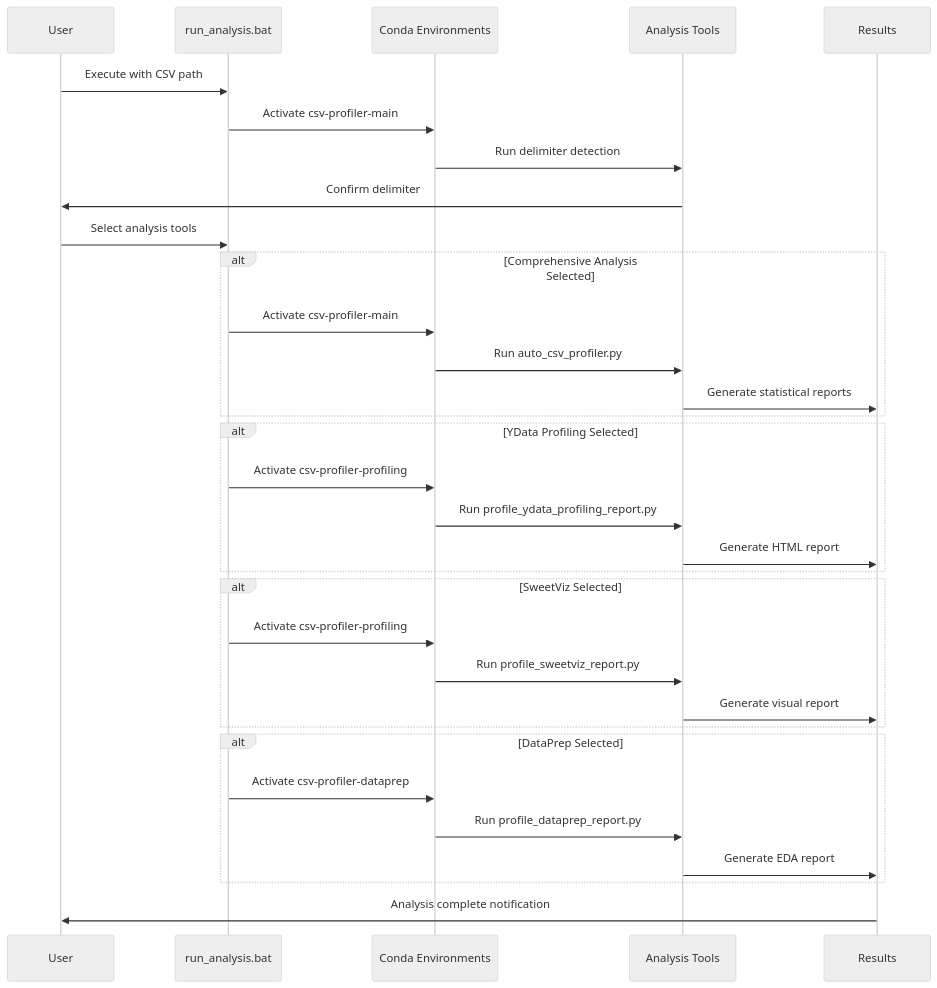
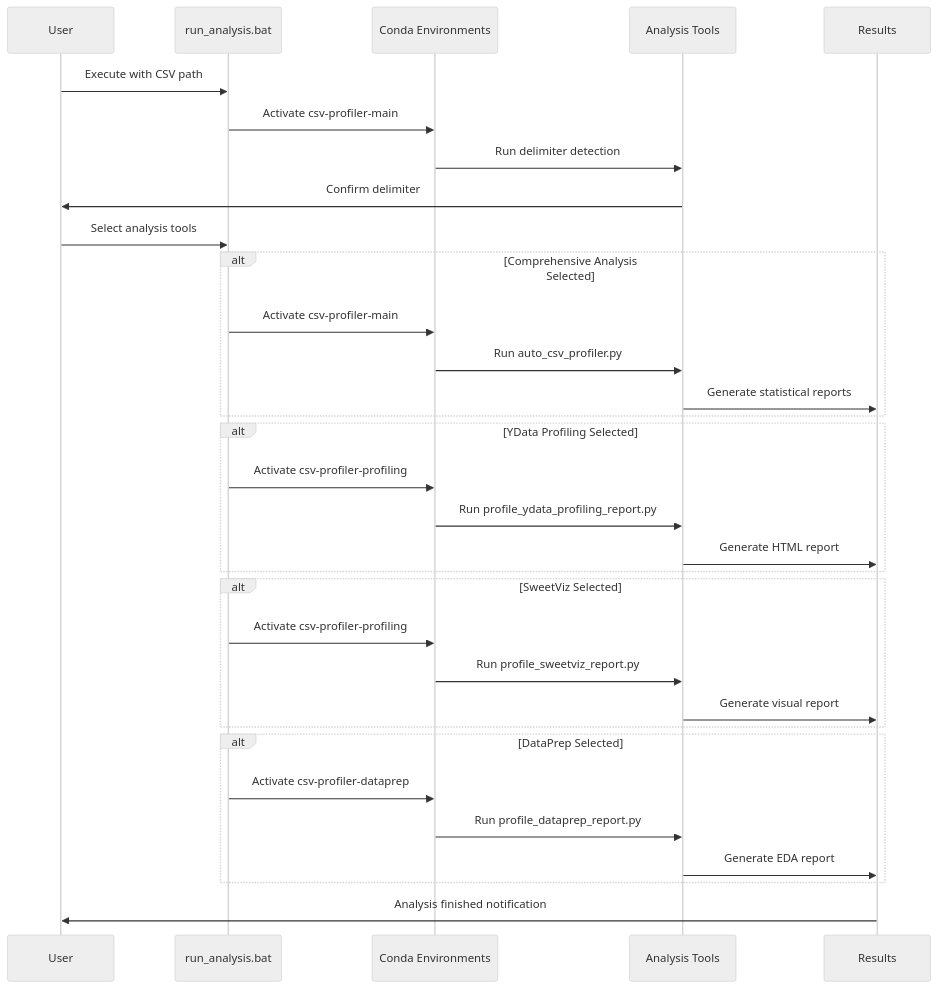
The fourth of 14 diagrams in docs/Source-Suite-Guide.md (dhaneshbb/autocsv-profiler-suite), drawn with Mermaid (neutral theme) before and after one commit. The commit also changed other lines of this file and 35 other files, not shown here.

````diff
--- a/docs/Source-Suite-Guide.md
+++ b/docs/Source-Suite-Guide.md
@@ -243,41 +243,41 @@
 ```mermaid
 sequenceDiagram
     participant User
     participant Script as run_analysis.bat
     participant Env as Conda Environments
     participant Tools as Analysis Tools
     participant Output as Results
     
     User->>Script: Execute with CSV path
     Script->>Env: Activate csv-profiler-main
     Env->>Tools: Run delimiter detection
     Tools->>User: Confirm delimiter
     
     User->>Script: Select analysis tools
     
     alt Comprehensive Analysis Selected
         Script->>Env: Activate csv-profiler-main
         Env->>Tools: Run auto_csv_profiler.py
         Tools->>Output: Generate statistical reports
     end
     
     alt YData Profiling Selected
         Script->>Env: Activate csv-profiler-profiling
         Env->>Tools: Run profile_ydata_profiling_report.py
         Tools->>Output: Generate HTML report
     end
     
     alt SweetViz Selected
         Script->>Env: Activate csv-profiler-profiling
         Env->>Tools: Run profile_sweetviz_report.py
         Tools->>Output: Generate visual report
     end
     
     alt DataPrep Selected
         Script->>Env: Activate csv-profiler-dataprep
         Env->>Tools: Run profile_dataprep_report.py
         Tools->>Output: Generate EDA report
     end
     
-    Output->>User: Analysis complete notification
+    Output->>User: Analysis finished notification
 ```
````
